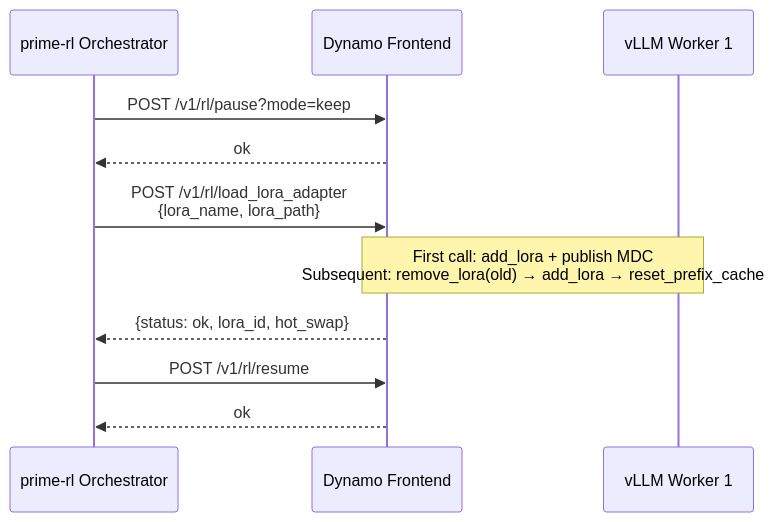
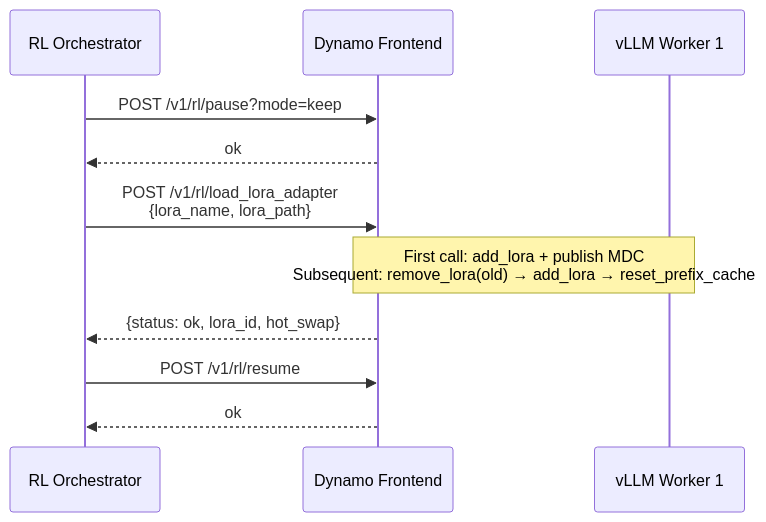
One commit to ai-dynamo/dynamo changed the fourth of 4 diagrams in docs/dynamo-RL-api.md. Above: the diagram before and after it, drawn with Mermaid. The commit also changed other lines of this file and 6 other files, not shown here.

````diff
--- a/docs/dynamo-RL-api.md
+++ b/docs/dynamo-RL-api.md
@@ -461,14 +460,14 @@
 ```mermaid
 sequenceDiagram
-    participant Orch as prime-rl Orchestrator
+    participant Orch as RL Orchestrator
     participant FE as Dynamo Frontend
     participant W1 as vLLM Worker 1
 
     Orch->>FE: POST /v1/rl/pause?mode=keep
     FE-->>Orch: ok
     Orch->>FE: POST /v1/rl/load_lora_adapter<br/>{lora_name, lora_path}
     Note over FE,W1: First call: add_lora + publish MDC<br/>Subsequent: remove_lora(old) → add_lora → reset_prefix_cache
     FE-->>Orch: {status: ok, lora_id, hot_swap}
     Orch->>FE: POST /v1/rl/resume
     FE-->>Orch: ok
 ```
````
